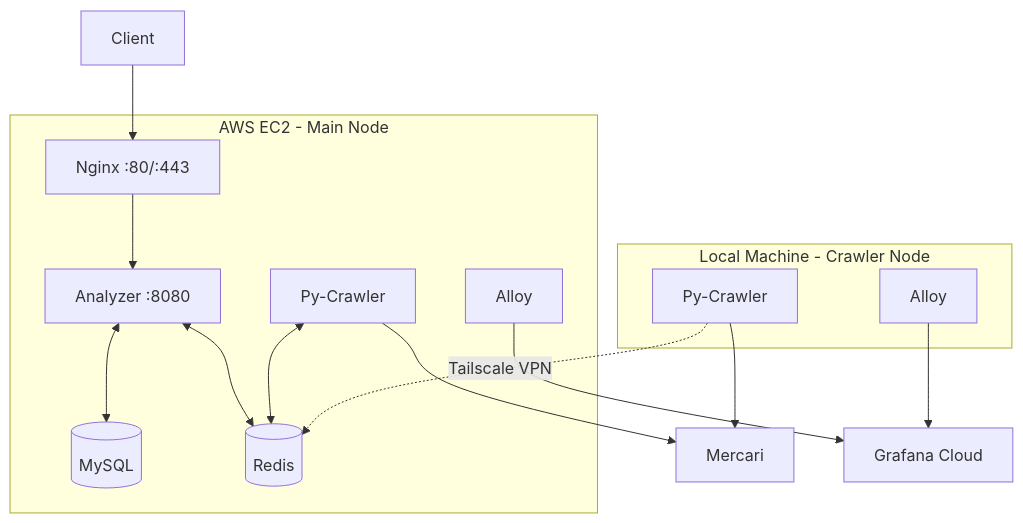
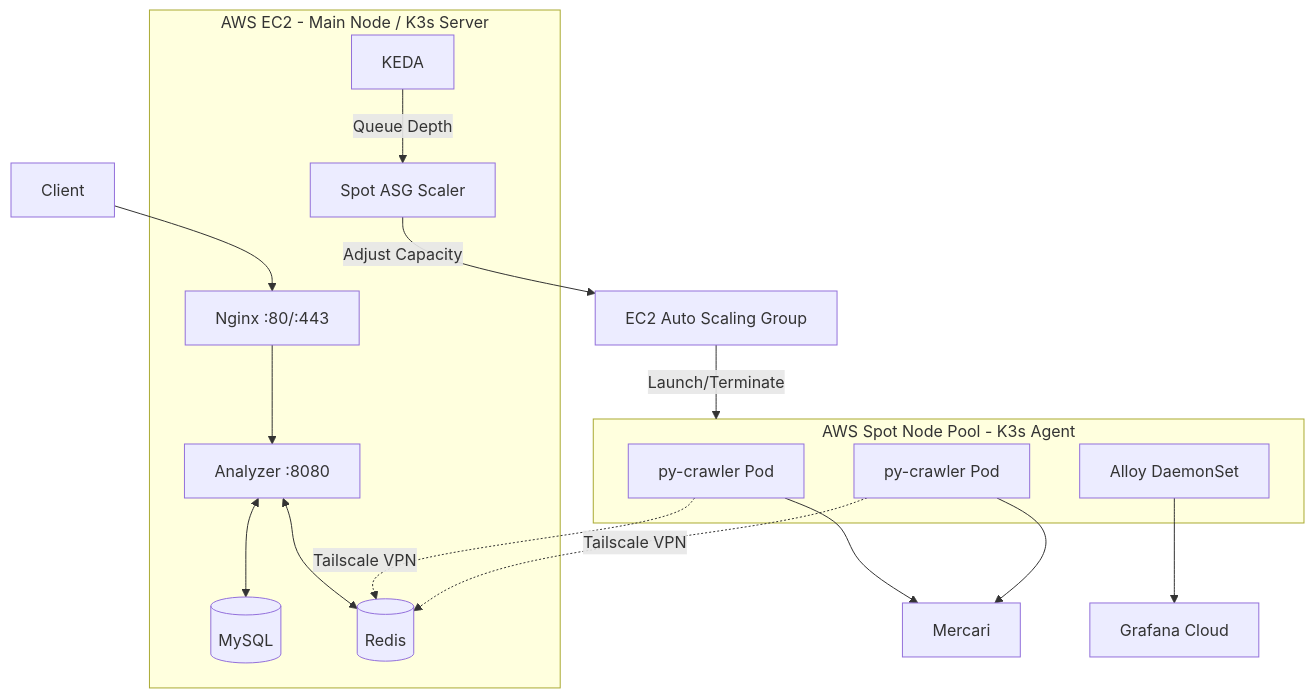
Before and after one commit to KahanaT800/animehot: the first of 2 diagrams in README.en.md, drawn with Mermaid. The commit also changed other lines of this file and 7 other files, not shown here.

````diff
--- a/README.en.md
+++ b/README.en.md
@@ -58,34 +61,37 @@
 ```mermaid
 graph TB
     CLIENT[Client]
 
-    subgraph EC2[AWS EC2 - Main Node]
+    subgraph EC2[AWS EC2 - Main Node / K3s Server]
         NGINX[Nginx :80/:443]
         ANALYZER[Analyzer :8080]
-        CRAWLER1[Py-Crawler]
         MYSQL[(MySQL)]
         REDIS[(Redis)]
-        ALLOY1[Alloy]
+        KEDA[KEDA]
+        SCALER[Spot ASG Scaler]
     end
 
-    subgraph LOCAL[Local Machine - Crawler Node]
-        CRAWLER2[Py-Crawler]
-        ALLOY2[Alloy]
+    subgraph SPOT[AWS Spot Node Pool - K3s Agent]
+        CRAWLER1[py-crawler Pod]
+        CRAWLER2[py-crawler Pod]
+        ALLOY[Alloy DaemonSet]
     end
 
     MERCARI[Mercari]
     GRAFANA[Grafana Cloud]
+    ASG[EC2 Auto Scaling Group]
 
     CLIENT --> NGINX
     NGINX --> ANALYZER
     ANALYZER <--> MYSQL
     ANALYZER <--> REDIS
-    CRAWLER1 <--> REDIS
-    CRAWLER1 --> MERCARI
 
-    CRAWLER2 -.->|Tailscale VPN| REDIS
-    CRAWLER2 --> MERCARI
+    KEDA -->|Queue Depth| SCALER
+    SCALER -->|Adjust Capacity| ASG
+    ASG -->|Launch/Terminate| SPOT
 
-    ALLOY1 --> GRAFANA
-    ALLOY2 --> GRAFANA
+    CRAWLER1 & CRAWLER2 -.->|Tailscale VPN| REDIS
+    CRAWLER1 & CRAWLER2 --> MERCARI
+
+    ALLOY --> GRAFANA
 ```
````
